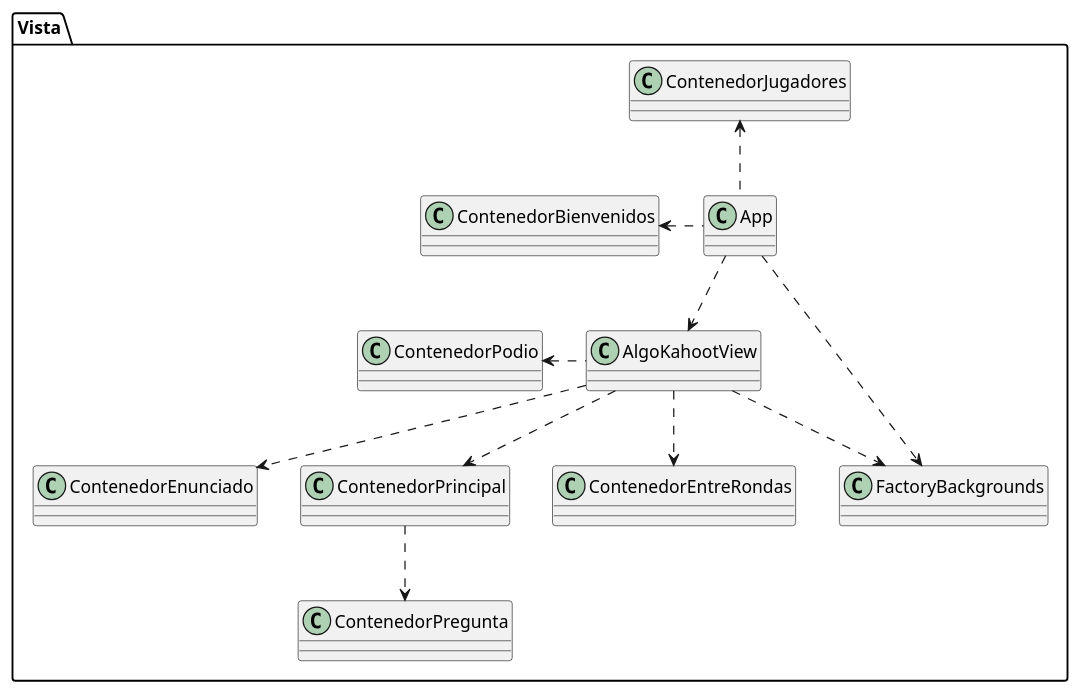
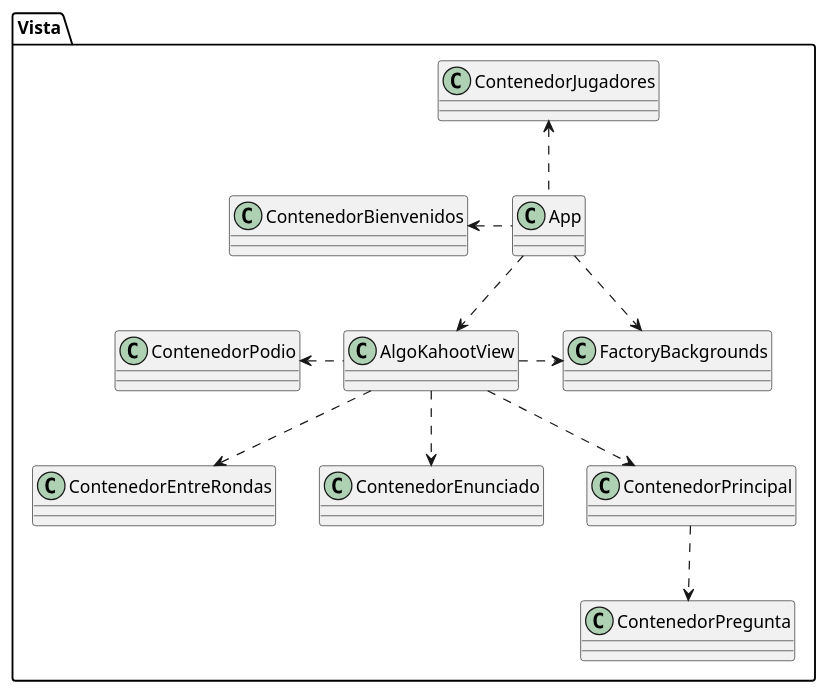
Before and after one commit to gcc-cdimatteo/Algoritmos-y-Programacion-III-75.07: the diagram in Documentacion/Diagramas de Clases/Diagrama de Clases Vista.puml, drawn with PlantUML. The commit also changed 12 other files, not shown here.

Commit message:
uml: agrego diagrama de secuencia

```diff
--- a/Documentacion/Diagramas de Clases/Diagrama de Clases Vista.puml
+++ b/Documentacion/Diagramas de Clases/Diagrama de Clases Vista.puml
@@ -1,41 +1,41 @@
 @startuml
 skinparam classAttributeIconSize 0
 
 package Vista {
     class AlgoKahootView
     class App
     class ContenedorBienvenidos
     class ContenedorEntreRondas
     class ContenedorEnunciado
     class ContenedorJugadores
     class ContenedorPodio
     class ContenedorPregunta
     class ContenedorPrincipal
     class FactoryBackgrounds
 }
 
 'Ordenamiento De Cuadrados
 
 'Herencia --|> cumple la relación 'es un'
 
 'Asociacion --> un objeto guarda a otro
 
 'Agregacion --o un objeto esta compuesto por otro pero no lo necesita para vivir
 
 'Composicion --* un objeto es dueño de otro
 
 'Dependencia ..> un objeto utiliza a otro porque lo recibe/devuelve
 AlgoKahootView .left.> ContenedorPodio
 AlgoKahootView ..> ContenedorEntreRondas
 AlgoKahootView ..> ContenedorEnunciado
 AlgoKahootView ..> ContenedorPrincipal
-AlgoKahootView ..> FactoryBackgrounds
+AlgoKahootView .right.> FactoryBackgrounds
 App .up.> ContenedorJugadores
 App ..> FactoryBackgrounds
 App .left.> ContenedorBienvenidos
 App ..> AlgoKahootView
 ContenedorPrincipal ..> ContenedorPregunta
 
 'Interfaces ..|> colección de declaraciones de métodos sin implemetnar
 
 @enduml
```
